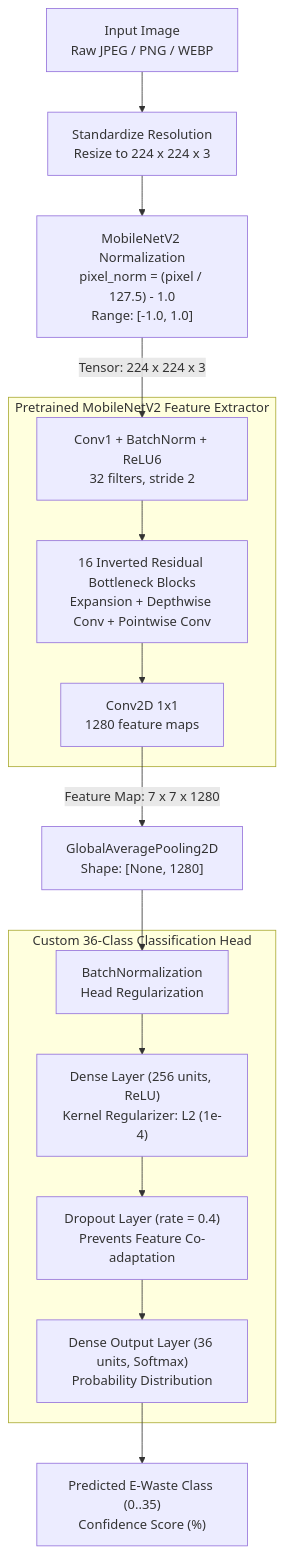
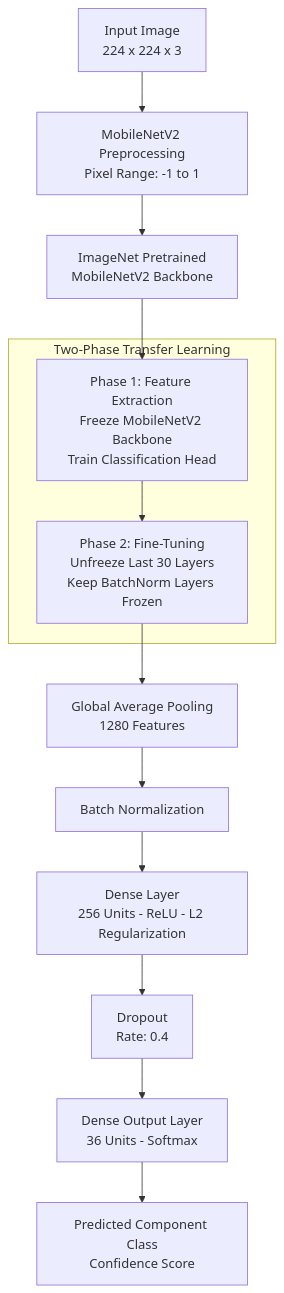
The second of 3 diagrams in README.md (somyaparidaa/TechCycle), drawn with Mermaid before and after one commit. The commit also changed other lines of this file, not shown here.

````diff
--- a/README.md
+++ b/README.md
@@ -127,26 +115,22 @@
 ```mermaid
-flowchart TD
-    In["Input Image<br/>Raw JPEG / PNG / WEBP"] --> P1["Standardize Resolution<br/>Resize to 224 x 224 x 3"]
-    P1 --> P2["MobileNetV2 Normalization<br/>pixel_norm = (pixel / 127.5) - 1.0<br/>Range: [-1.0, 1.0]"]
+flowchart TB
+    A["Input Image<br/>224 x 224 x 3"] --> B["MobileNetV2 Preprocessing<br/>Pixel Range: -1 to 1"]
 
-    subgraph Backbone ["Pretrained MobileNetV2 Feature Extractor"]
-        B1["Conv1 + BatchNorm + ReLU6<br/>32 filters, stride 2"]
-        B2["16 Inverted Residual Bottleneck Blocks<br/>Expansion + Depthwise Conv + Pointwise Conv"]
-        B3["Conv2D 1x1<br/>1280 feature maps"]
-        B1 --> B2 --> B3
+    B --> C["ImageNet Pretrained<br/>MobileNetV2 Backbone"]
+
+    subgraph Training["Two-Phase Transfer Learning"]
+        D["Phase 1: Feature Extraction<br/>Freeze MobileNetV2 Backbone<br/>Train Classification Head"]
+        E["Phase 2: Fine-Tuning<br/>Unfreeze Last 30 Layers<br/>Keep BatchNorm Layers Frozen"]
+        D --> E
     end
 
-    P2 -->|Tensor: 224 x 224 x 3| B1
-    B3 -->|Feature Map: 7 x 7 x 1280| GAP["GlobalAveragePooling2D<br/>Shape: [None, 1280]"]
+    C --> D
 
-    subgraph CustomHead ["Custom 36-Class Classification Head"]
-        BN["BatchNormalization<br/>Head Regularization"]
-        Dense1["Dense Layer (256 units, ReLU)<br/>Kernel Regularizer: L2 (1e-4)"]
-        Drop["Dropout Layer (rate = 0.4)<br/>Prevents Feature Co-adaptation"]
-        Dense2["Dense Output Layer (36 units, Softmax)<br/>Probability Distribution"]
-        BN --> Dense1 --> Drop --> Dense2
-    end
+    E --> F["Global Average Pooling<br/>1280 Features"]
+    F --> G["Batch Normalization"]
+    G --> H["Dense Layer<br/>256 Units - ReLU - L2 Regularization"]
+    H --> I["Dropout<br/>Rate: 0.4"]
+    I --> J["Dense Output Layer<br/>36 Units - Softmax"]
 
-    GAP --> BN
-    Dense2 --> Out["Predicted E-Waste Class (0..35)<br/>Confidence Score (%)"]
+    J --> K["Predicted Component Class<br/>Confidence Score"]
 ```
````
